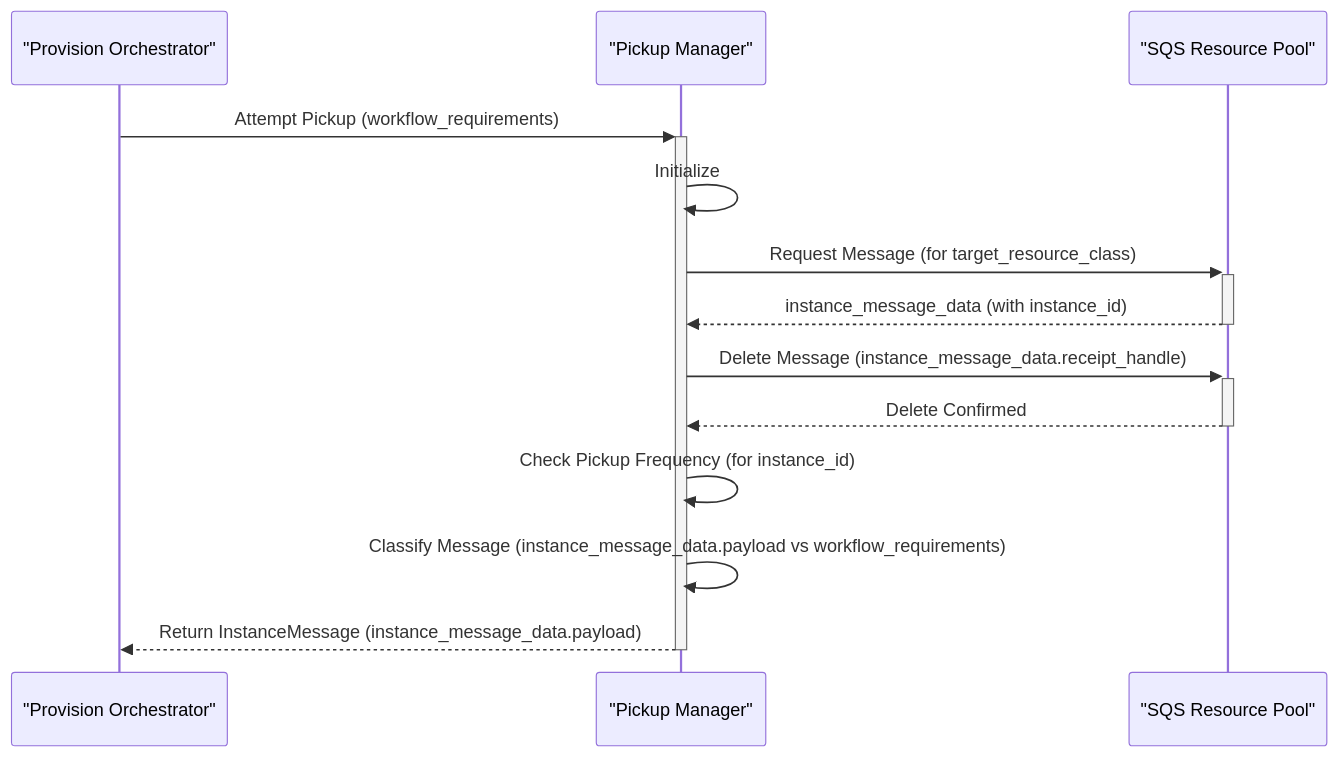
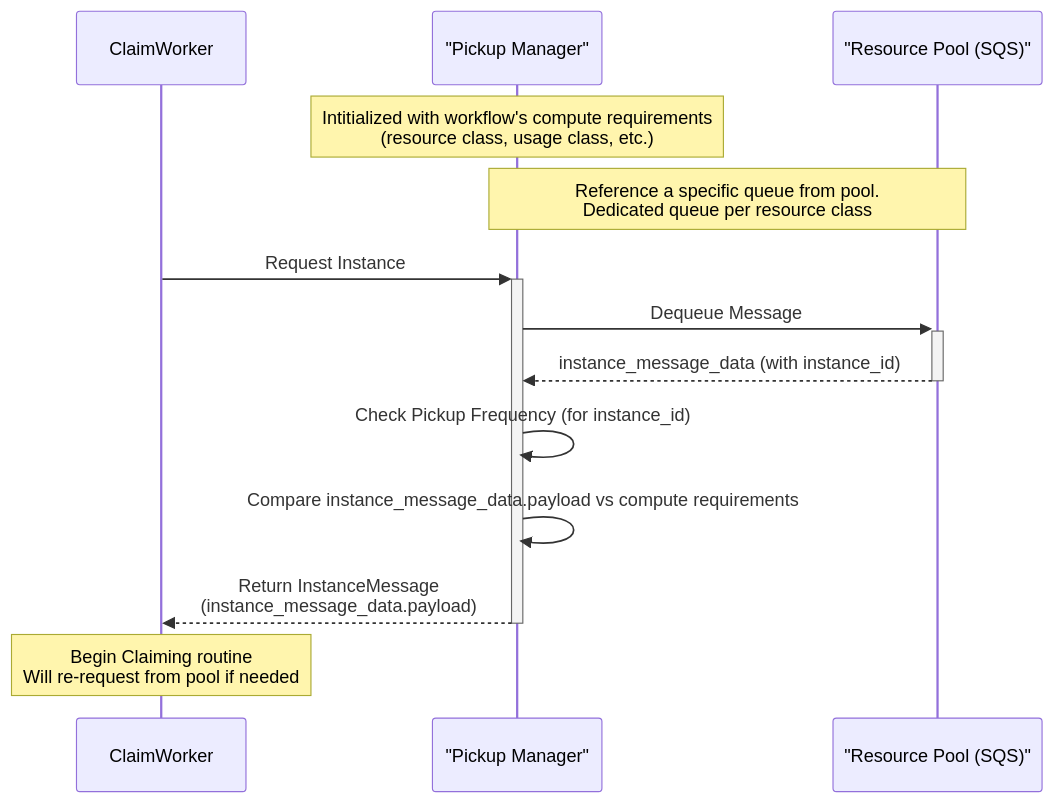
One commit to fleet-actions/ec2-runner-pool-manager changed the first of 3 diagrams in docs/architecture/provision/selection/pickup-manager.md. Above: the diagram before and after it, drawn with Mermaid. The commit also changed other lines of this file and 1 other file, not shown here.

Commit message:
docs(provision): enhance documentation with emojis and clarity

````diff
--- a/docs/architecture/provision/selection/pickup-manager.md
+++ b/docs/architecture/provision/selection/pickup-manager.md
@@ -15,26 +30,23 @@
     ```mermaid
     sequenceDiagram
-        participant Orchestrator as "Provision Orchestrator"
+        participant ClaimWorker
         participant PM as "Pickup Manager"
-        participant SQS_Pool as "SQS Resource Pool"
+        participant SQS_Pool as "Resource Pool (SQS)"
 
-        Orchestrator->>+PM: Attempt Pickup (workflow_requirements)
-        PM->>PM: Initialize
+        Note over PM: Intitialized with workflow's compute requirements <br>(resource class, usage class, etc.)
+        Note over PM, SQS_Pool: Reference a specific queue from pool. <br> Dedicated queue per resource class
+        ClaimWorker->>+PM: Request Instance
         
         %% Start of the conceptual "loop" for a single successful attempt
-        PM->>+SQS_Pool: Request Message (for target_resource_class)
+        PM->>+SQS_Pool: Dequeue Message
         SQS_Pool-->>-PM: instance_message_data (with instance_id)
         
-        PM->>+SQS_Pool: Delete Message (instance_message_data.receipt_handle)
-        SQS_Pool-->>-PM: Delete Confirmed
-                
         PM->>PM: Check Pickup Frequency (for instance_id)
         %% Happy Path: Frequency is OK
                 
-        PM->>PM: Classify Message (instance_message_data.payload vs workflow_requirements)
+        PM->>PM: Compare instance_message_data.payload vs compute requirements
         %% Happy Path: Message is OK (Suitable)
                     
-        PM-->>-Orchestrator: Return InstanceMessage (instance_message_data.payload)
-        %% End of the conceptual "loop" for a single successful attempt
-        
+        PM-->>-ClaimWorker: Return InstanceMessage <br> (instance_message_data.payload)
+        Note over ClaimWorker: Begin Claiming routine <br> Will re-request from pool if needed
     ```
````
